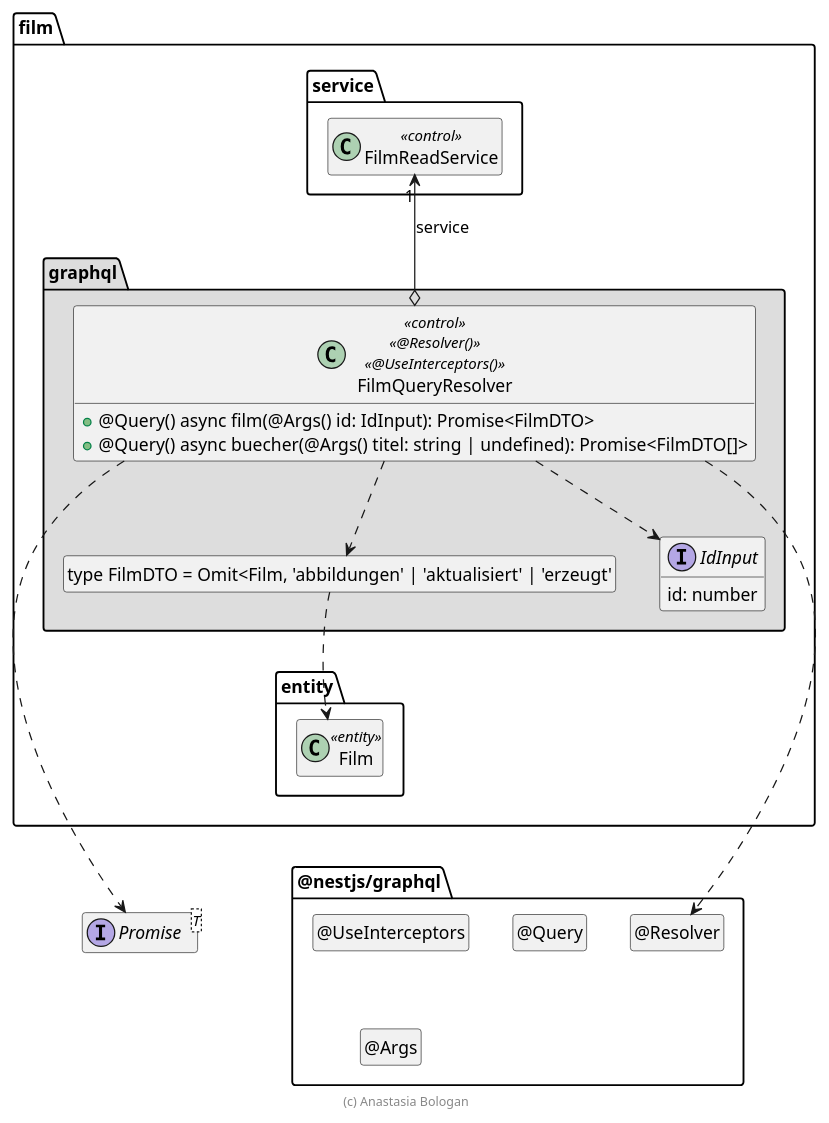
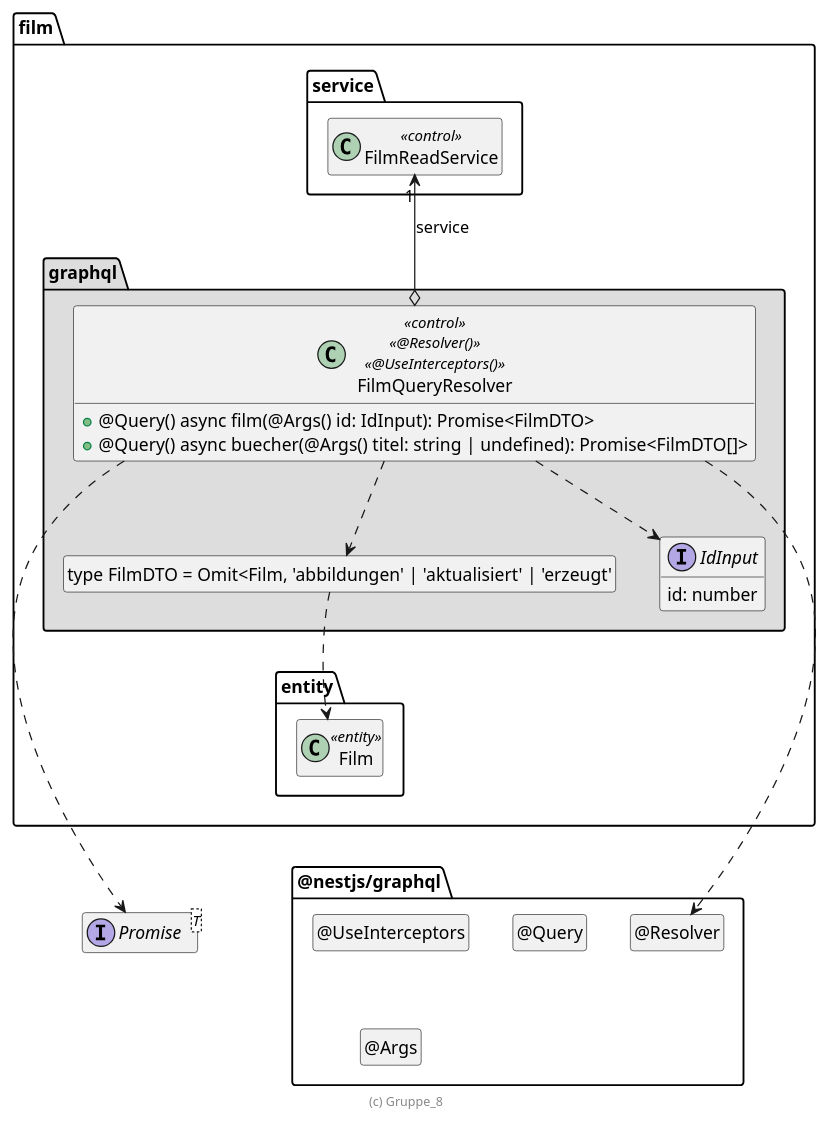
One commit to Braendli98/Film changed the diagram in .extras/doc/projekthandbuch/FilmQueryResolver.plantuml. Above: the diagram before and after it, drawn with PlantUML. The commit also changed 11 other files, not shown here.

```diff
--- a/.extras/doc/projekthandbuch/FilmQueryResolver.plantuml
+++ b/.extras/doc/projekthandbuch/FilmQueryResolver.plantuml
@@ -18,63 +18,63 @@
 @startuml Controller-Klasse
 
 interface Promise<T>
 
 package @nestjs/graphql {
   class "@Resolver" as Resolver
   hide Resolver circle
 
   class "@UseInterceptors" as UseInterceptors
   hide UseInterceptors circle
 
   class "@Query" as Query
   hide Query circle
 
   class "@Args" as Args
   hide Args circle
 
   Resolver .left[hidden].> Promise
 }
 
 package film {
   package entity {
     class Film <<entity>>
   }
 
   package service {
     class FilmReadService << control >>
   }
 
   package graphql #DDDDDD {
     class "type FilmDTO = Omit<Film, 'abbildungen' | 'aktualisiert' | 'erzeugt'" as FilmDTO
     hide FilmDTO circle
 
     interface IdInput {
         id: number
     }
 
     class FilmQueryResolver << control >> << @Resolver() >> << @UseInterceptors() >> {
       + @Query() async film(@Args() id: IdInput): Promise<FilmDTO>
       + @Query() async buecher(@Args() titel: string | undefined): Promise<FilmDTO[]>
     }
 
     FilmQueryResolver o-up-> "1" FilmReadService : service
     FilmQueryResolver ..> FilmDTO
     FilmQueryResolver ..> IdInput
     FilmDTO ..> Film
     FilmQueryResolver ..> Resolver
 
     FilmQueryResolver ..> Promise
 
     FilmDTO .[hidden].> Film
     Film .[hidden].> Promise
     FilmReadService .[hidden].> Promise
     Film .[hidden].> Resolver
     FilmReadService .[hidden].> Resolver
   }
 }
 
 hide empty members
 
-footer (c) Anastasia Bologan
+footer (c) Gruppe_8
 
 @enduml
```
